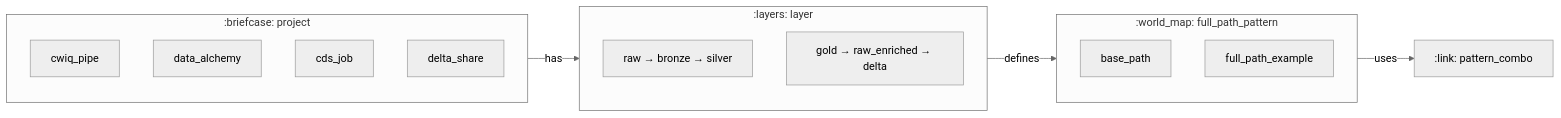
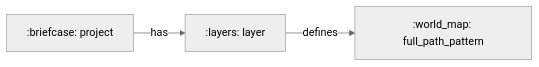
Diagram 15 of 22 in docs/brainstorms/investigation-db.md (ThanuMahee12/AgentContext), drawn with Mermaid (neutral theme) before and after one commit. The commit also changed other lines of this file, not shown here.

Commit message:
docs: add full table details with columns and relationships

````diff
--- a/docs/brainstorms/investigation-db.md
+++ b/docs/brainstorms/investigation-db.md
@@ -257,23 +423,5 @@
 ```mermaid
 flowchart LR
-    subgraph Project[":briefcase: project"]
-        P1["cwiq_pipe"]
-        P2["data_alchemy"]
-        P3["cds_job"]
-        P4["delta_share"]
-    end
-
-    subgraph Layer[":layers: layer"]
-        L1["raw → bronze → silver"]
-        L2["gold → raw_enriched → delta"]
-    end
-
-    subgraph FullPath[":world_map: full_path_pattern"]
-        FPP1["base_path"]
-        FPP2["full_path_example"]
-    end
-
-    Project -->|has| Layer
-    Layer -->|defines| FullPath
-    FullPath -->|uses| Combo[":link: pattern_combo"]
+    P[":briefcase: project"] -->|has| L[":layers: layer"]
+    L -->|defines| FPP[":world_map: full_path_pattern"]
 ```
````
